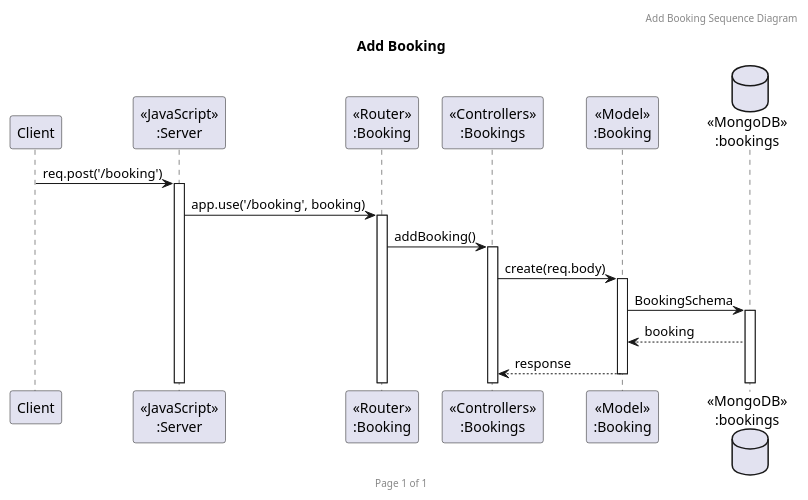
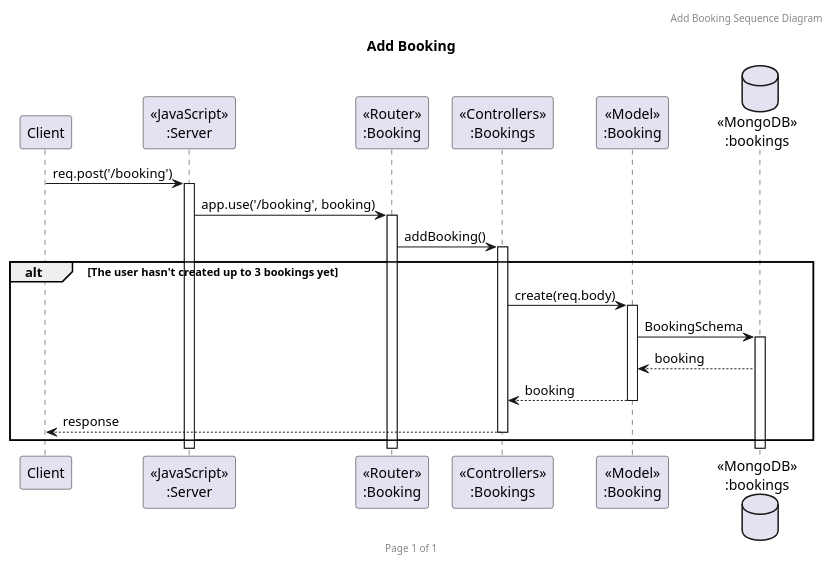
Before and after one commit to 2110503TACEDT66/presentation-day-1-laeo-tae-loei: the diagram in diagram/sequence/booking/addBooking.puml, drawn with PlantUML. The commit also changed 3 other files, not shown here.

Commit message:
booking sequence diagram

```diff
--- a/diagram/sequence/booking/addBooking.puml
+++ b/diagram/sequence/booking/addBooking.puml
@@ -1,22 +1,24 @@
 @startuml Add Booking
 
 header Add Booking Sequence Diagram
 footer Page %page% of %lastpage%
 title "Add Booking"
 
 participant "Client" as client
 participant "<<JavaScript>>\n:Server" as server
 participant "<<Router>>\n:Booking" as routerBookings
 participant "<<Controllers>>\n:Bookings" as controllersBookings
 participant "<<Model>>\n:Booking" as modelBooking
 database "<<MongoDB>>\n:bookings" as BookingsDatabase
 
 client -> server ++:req.post('/booking')
 server -> routerBookings ++:app.use('/booking', booking)
 routerBookings -> controllersBookings ++:addBooking()
-controllersBookings -> modelBooking ++:create(req.body)
-modelBooking -> BookingsDatabase ++: BookingSchema
-BookingsDatabase --> modelBooking: booking
-controllersBookings <-- modelBooking --: response
-
+alt The user hasn't created up to 3 bookings yet
+    controllersBookings -> modelBooking ++:create(req.body)
+    modelBooking -> BookingsDatabase ++: BookingSchema
+    BookingsDatabase --> modelBooking: booking
+    controllersBookings <-- modelBooking --: booking
+    controllersBookings --> client --: response
+end
 @enduml
```
